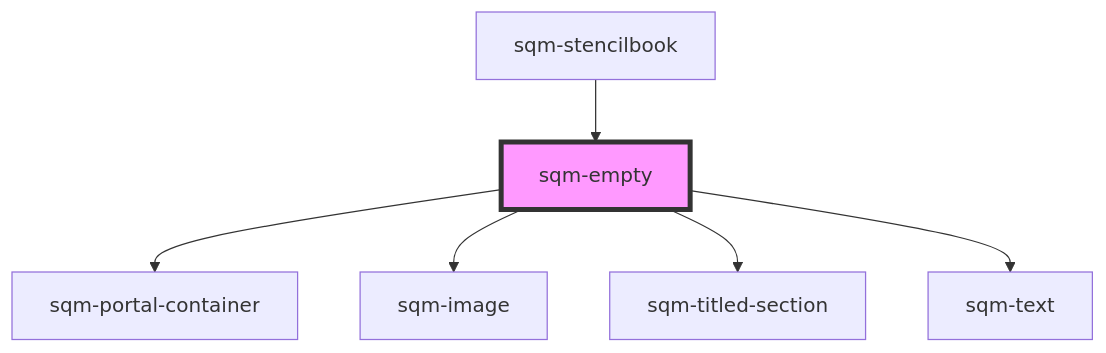
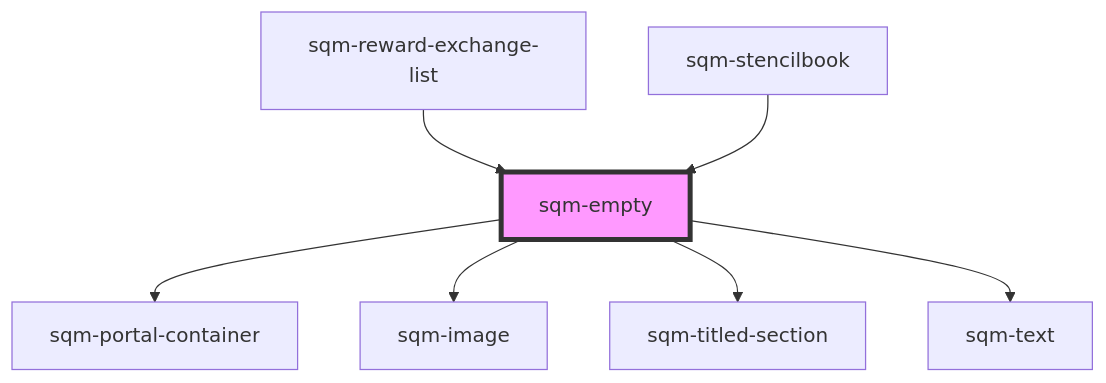
One commit to saasquatch/program-tools changed the diagram in packages/mint-components/src/components/sqm-empty/readme.md. Above: the diagram before and after it, drawn with Mermaid. The commit also changed other lines of this file and 35 other files, not shown here.

````diff
--- a/packages/mint-components/src/components/sqm-empty/readme.md
+++ b/packages/mint-components/src/components/sqm-empty/readme.md
@@ -31,9 +32,10 @@
 ```mermaid
 graph TD;
   sqm-empty --> sqm-portal-container
   sqm-empty --> sqm-image
   sqm-empty --> sqm-titled-section
   sqm-empty --> sqm-text
+  sqm-reward-exchange-list --> sqm-empty
   sqm-stencilbook --> sqm-empty
   style sqm-empty fill:#f9f,stroke:#333,stroke-width:4px
 ```
````
